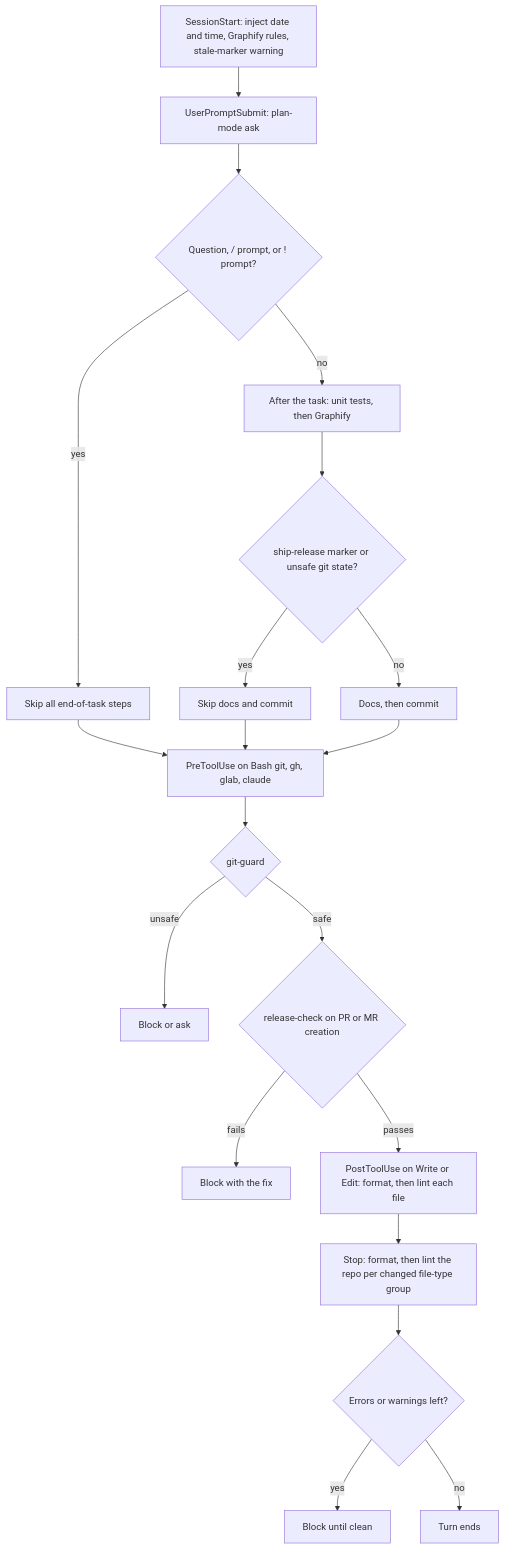
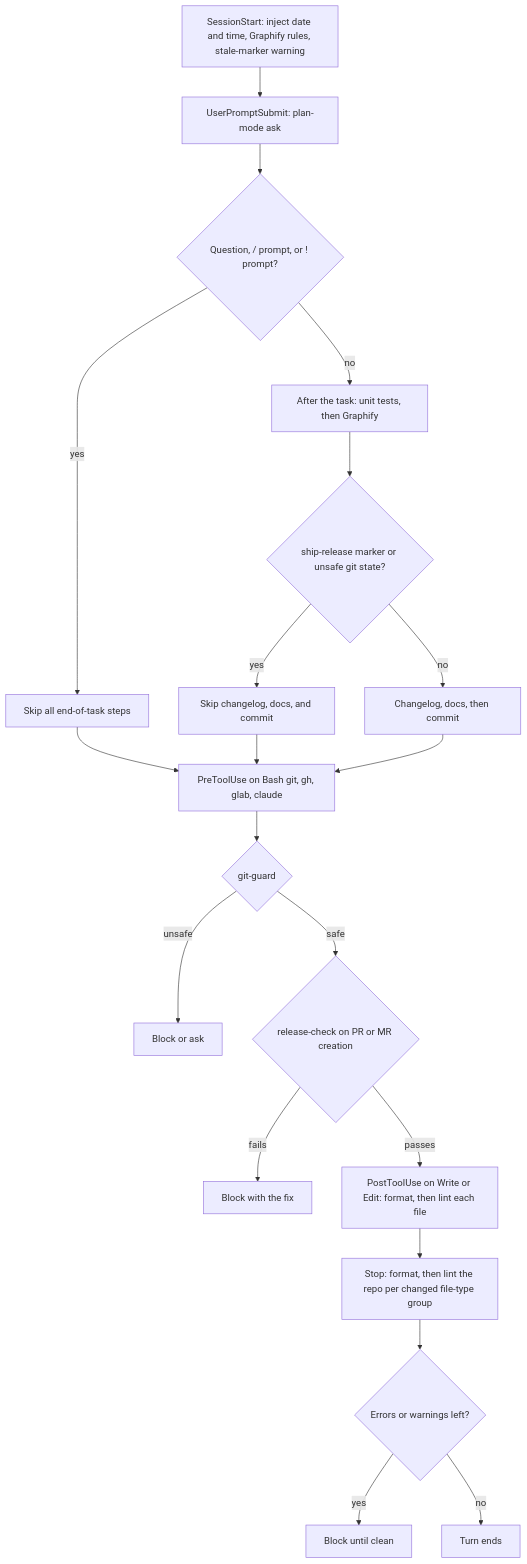
Before and after one commit to patrickquijano/claude-dev-kit: the diagram in README.md, drawn with Mermaid. The commit also changed other lines of this file and 4 other files, not shown here.

````diff
--- a/README.md
+++ b/README.md
@@ -139,22 +139,22 @@
 ```mermaid
 flowchart TD
     A["SessionStart: inject date and time, Graphify rules, stale-marker warning"] --> B["UserPromptSubmit: plan-mode ask"]
     B --> C{"Question, / prompt, or ! prompt?"}
     C -- yes --> D["Skip all end-of-task steps"]
     C -- no --> E["After the task: unit tests, then Graphify"]
     E --> P{"ship-release marker or unsafe git state?"}
-    P -- yes --> Q["Skip docs and commit"]
-    P -- no --> R["Docs, then commit"]
+    P -- yes --> Q["Skip changelog, docs, and commit"]
+    P -- no --> R["Changelog, docs, then commit"]
     D --> F["PreToolUse on Bash git, gh, glab, claude"]
     Q --> F
     R --> F
     F --> G{"git-guard"}
     G -- unsafe --> H["Block or ask"]
     G -- safe --> I{"release-check on PR or MR creation"}
     I -- fails --> J["Block with the fix"]
     I -- passes --> K["PostToolUse on Write or Edit: format, then lint each file"]
     K --> L["Stop: format, then lint the repo per changed file-type group"]
     L --> M{"Errors or warnings left?"}
     M -- yes --> N["Block until clean"]
     M -- no --> O["Turn ends"]
 ```
````
